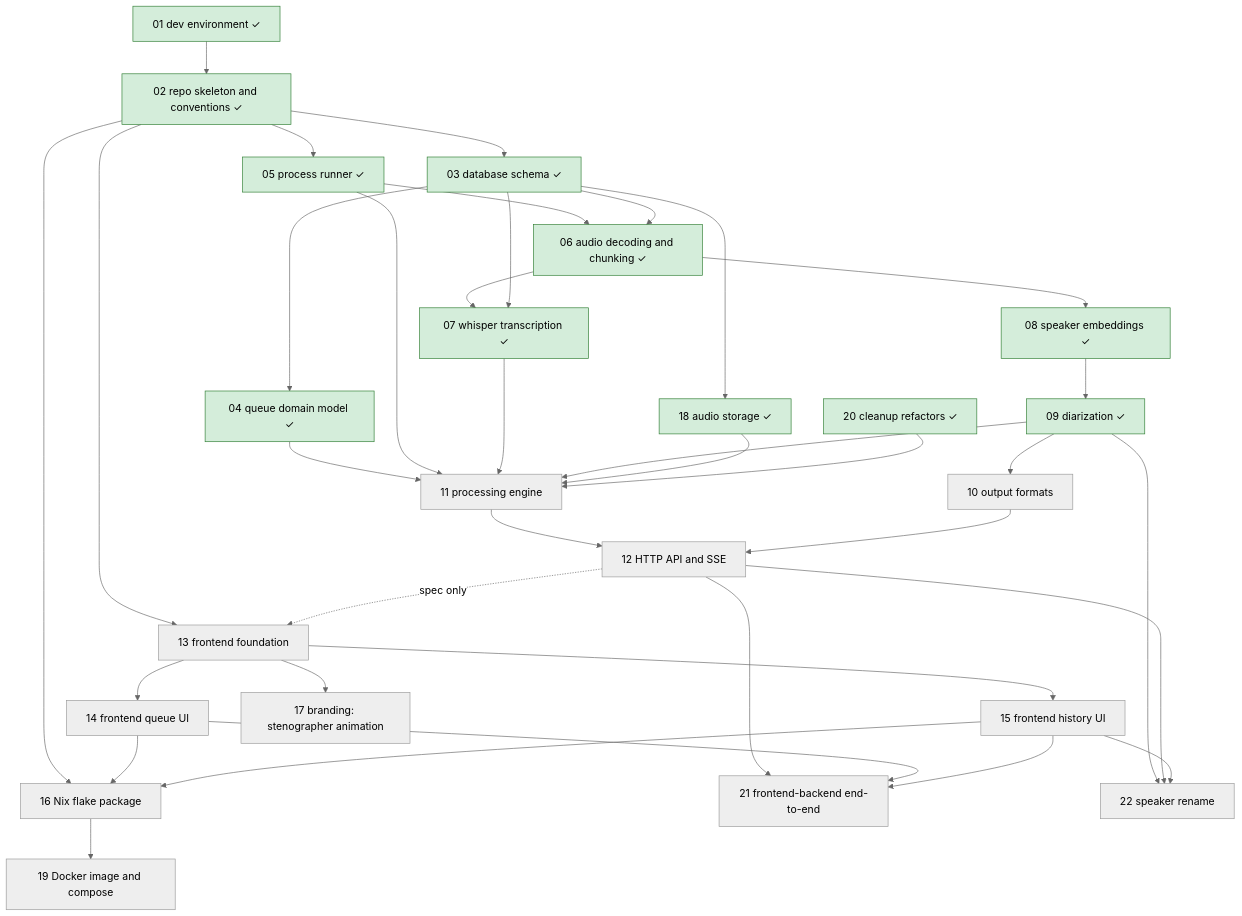
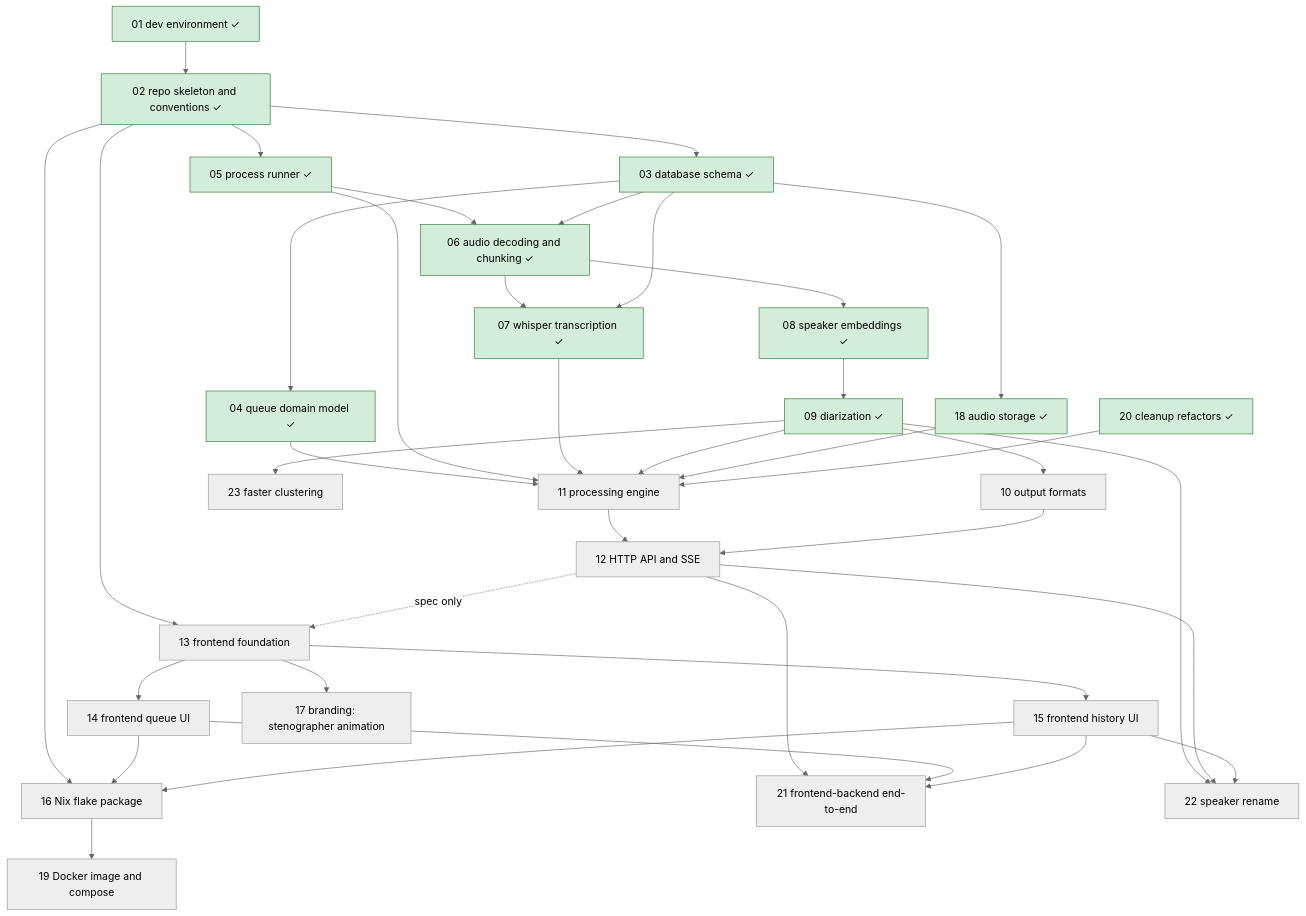
The diagram in roadmap/README.md (lulu-berlin/speech-to-text-app), drawn with Mermaid (neutral theme) before and after one commit. The commit also changed other lines of this file and 15 other files, not shown here.

````diff
--- a/roadmap/README.md
+++ b/roadmap/README.md
@@ -17,40 +17,41 @@
 ```mermaid
 graph TD
   01[01 dev environment ✓]:::done --> 02[02 repo skeleton and conventions ✓]:::done
   02 --> 03[03 database schema ✓]:::done
   03 --> 04[04 queue domain model ✓]:::done
   02 --> 05[05 process runner ✓]:::done
   05 --> 06[06 audio decoding and chunking ✓]:::done
   03 --> 06
   06 --> 07[07 whisper transcription ✓]:::done
   03 --> 07
   06 --> 08[08 speaker embeddings ✓]:::done
   08 --> 09[09 diarization ✓]:::done
   09 --> 10[10 output formats]
   04 --> 11[11 processing engine]
   05 --> 11
   07 --> 11
   09 --> 11
   03 --> 18[18 audio storage ✓]:::done
   18 --> 11
   20 --> 11
   11 --> 12[12 HTTP API and SSE]
   10 --> 12
   02 --> 13[13 frontend foundation]
   12 -. spec only .-> 13
   13 --> 14[14 frontend queue UI]
   13 --> 15[15 frontend history UI]
   02 --> 16[16 Nix flake package]
   14 --> 16
   15 --> 16
   13 --> 17[17 branding: stenographer animation]
   16 --> 19[19 Docker image and compose]
   20[20 cleanup refactors ✓]:::done
   12 --> 21[21 frontend-backend end-to-end]
   14 --> 21
   15 --> 21
   09 --> 22[22 speaker rename]
   12 --> 22
   15 --> 22
+  09 --> 23[23 faster clustering]
   classDef done fill:#d4edda,stroke:#2e7d32
 ```
````
